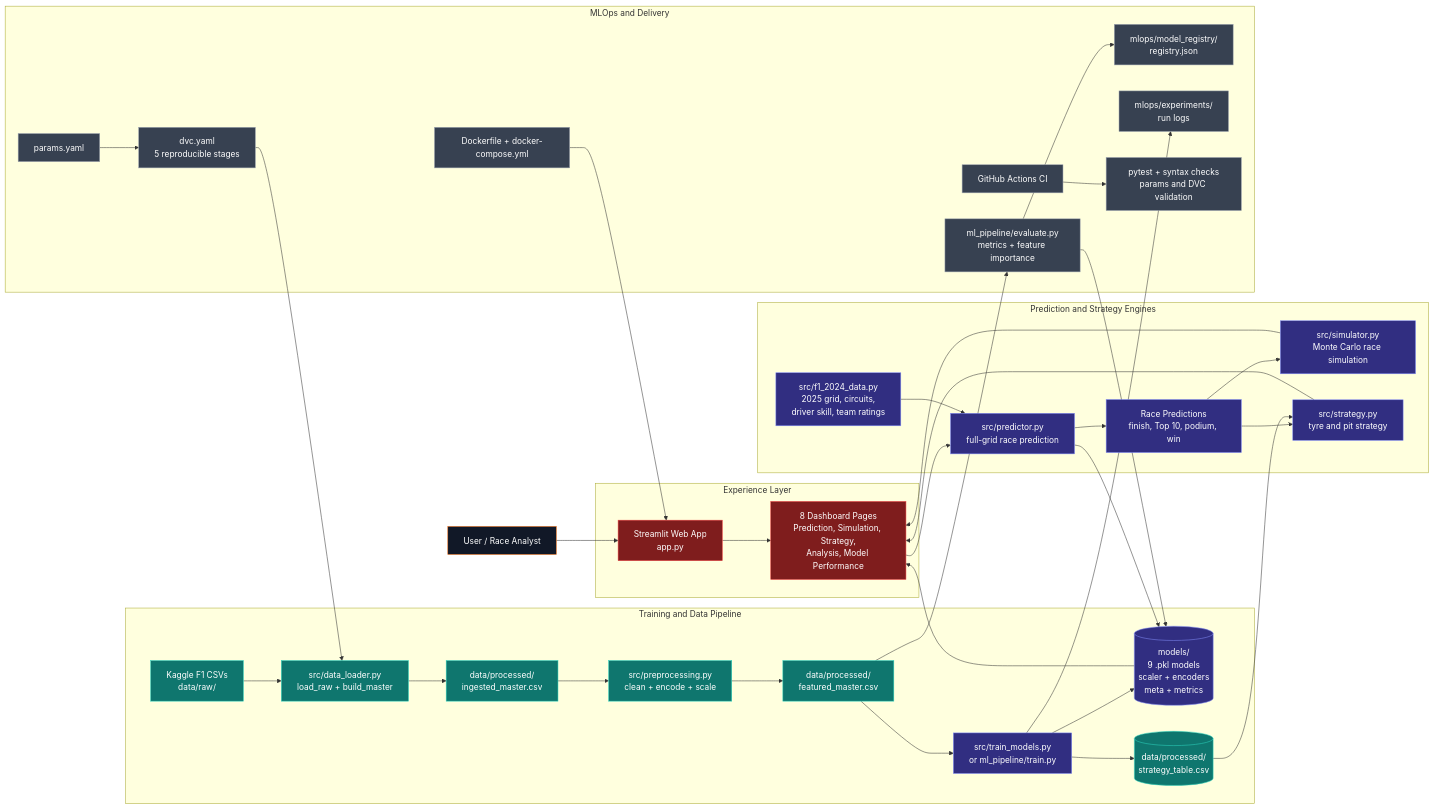
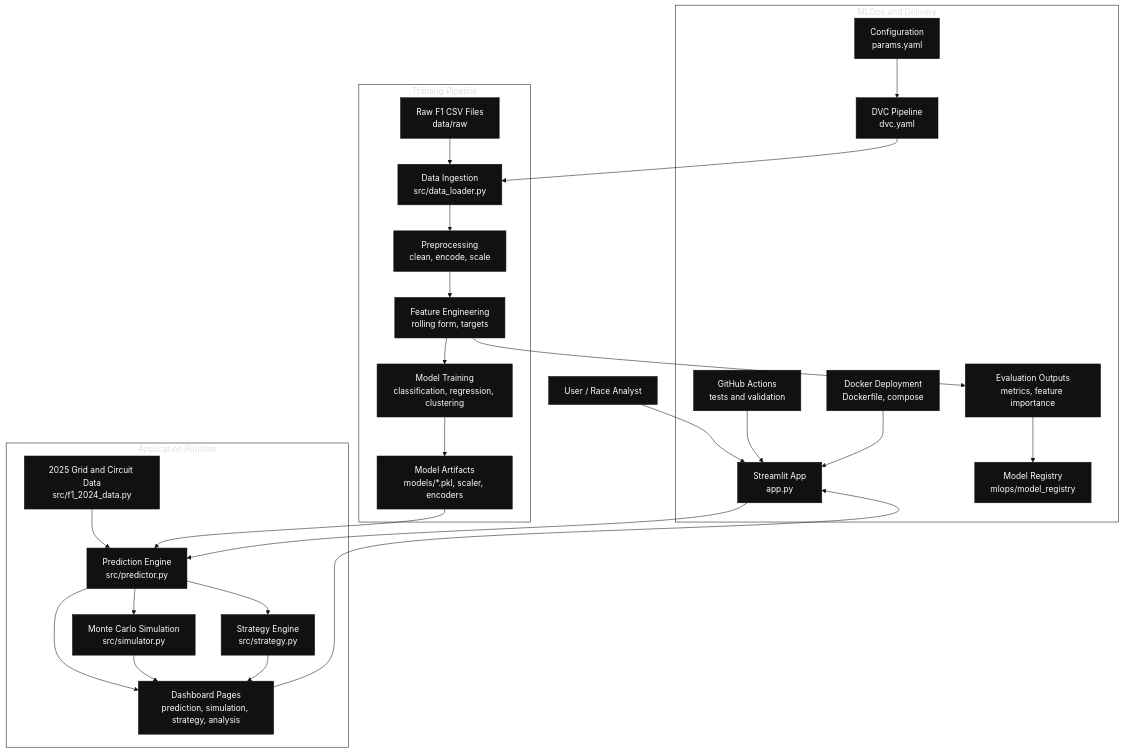
The diagram in README.md (ParthrChandurkar/F1-Race-Prediction-Strategy-System), drawn with Mermaid before and after one commit.

Commit message:
Refine architecture diagram style

````diff
--- a/README.md
+++ b/README.md
@@ -58,54 +58,56 @@
 ```mermaid
-flowchart LR
-    analyst["User / Race Analyst"] --> ui["Streamlit Web App<br/>app.py"]
+%%{init: {"theme": "base", "themeVariables": {"background": "#ffffff", "mainBkg": "#111111", "primaryColor": "#111111", "primaryTextColor": "#ffffff", "primaryBorderColor": "#111111", "lineColor": "#111111", "clusterBkg": "#ffffff", "clusterBorder": "#111111", "edgeLabelBackground": "#ffffff", "fontFamily": "Arial"}} }%%
+flowchart TB
+    user["User / Race Analyst"]
+    app["Streamlit App<br/>app.py"]
 
-    subgraph ui_layer["Experience Layer"]
-        ui --> pages["8 Dashboard Pages<br/>Prediction, Simulation, Strategy,<br/>Analysis, Model Performance"]
+    user --> app
+
+    subgraph train_flow["Training Pipeline"]
+        raw["Raw F1 CSV Files<br/>data/raw"]
+        ingest["Data Ingestion<br/>src/data_loader.py"]
+        prep["Preprocessing<br/>clean, encode, scale"]
+        features["Feature Engineering<br/>rolling form, targets"]
+        train["Model Training<br/>classification, regression, clustering"]
+        models["Model Artifacts<br/>models/*.pkl, scaler, encoders"]
+
+        raw --> ingest --> prep --> features --> train --> models
     end
 
-    subgraph training["Training and Data Pipeline"]
-        raw["Kaggle F1 CSVs<br/>data/raw/"] --> loader["src/data_loader.py<br/>load_raw + build_master"]
-        loader --> ingested["data/processed/<br/>ingested_master.csv"]
-        ingested --> prep["src/preprocessing.py<br/>clean + encode + scale"]
-        prep --> featured["data/processed/<br/>featured_master.csv"]
-        featured --> train["src/train_models.py<br/>or ml_pipeline/train.py"]
-        train --> artifacts[("models/<br/>9 .pkl models<br/>scaler + encoders<br/>meta + metrics")]
-        train --> strategy_table[("data/processed/<br/>strategy_table.csv")]
+    subgraph app_flow["Application Runtime"]
+        constants["2025 Grid and Circuit Data<br/>src/f1_2024_data.py"]
+        predictor["Prediction Engine<br/>src/predictor.py"]
+        simulator["Monte Carlo Simulation<br/>src/simulator.py"]
+        strategy["Strategy Engine<br/>src/strategy.py"]
+        dashboard["Dashboard Pages<br/>prediction, simulation, strategy, analysis"]
+
+        constants --> predictor
+        models --> predictor
+        predictor --> simulator
+        predictor --> strategy
+        predictor --> dashboard
+        simulator --> dashboard
+        strategy --> dashboard
     end
 
-    subgraph inference["Prediction and Strategy Engines"]
-        pages --> predictor["src/predictor.py<br/>full-grid race prediction"]
-        predictor --> artifacts
-        constants["src/f1_2024_data.py<br/>2025 grid, circuits,<br/>driver skill, team ratings"] --> predictor
-        predictor --> results["Race Predictions<br/>finish, Top 10, podium, win"]
-        results --> simulator["src/simulator.py<br/>Monte Carlo race simulation"]
-        results --> strategy["src/strategy.py<br/>tyre and pit strategy"]
-        strategy_table --> strategy
-        simulator --> pages
-        strategy --> pages
-        artifacts --> pages
+    subgraph ops_flow["MLOps and Delivery"]
+        params["Configuration<br/>params.yaml"]
+        dvc["DVC Pipeline<br/>dvc.yaml"]
+        metrics["Evaluation Outputs<br/>metrics, feature importance"]
+        registry["Model Registry<br/>mlops/model_registry"]
+        ci["GitHub Actions<br/>tests and validation"]
+        docker["Docker Deployment<br/>Dockerfile, compose"]
+
+        params --> dvc
+        dvc --> ingest
+        features --> metrics --> registry
+        ci --> app
+        docker --> app
     end
 
-    subgraph mlops["MLOps and Delivery"]
-        params["params.yaml"] --> dvc["dvc.yaml<br/>5 reproducible stages"]
-        dvc --> loader
-        featured --> evaluate["ml_pipeline/evaluate.py<br/>metrics + feature importance"]
-        evaluate --> artifacts
-        evaluate --> registry["mlops/model_registry/<br/>registry.json"]
-        train --> experiments["mlops/experiments/<br/>run logs"]
-        ci["GitHub Actions CI"] --> tests["pytest + syntax checks<br/>params and DVC validation"]
-        docker["Dockerfile + docker-compose.yml"] --> ui
-    end
+    app --> predictor
+    dashboard --> app
 
-    classDef user fill:#111827,stroke:#f97316,color:#fff;
-    classDef app fill:#7f1d1d,stroke:#ef4444,color:#fff;
-    classDef data fill:#0f766e,stroke:#2dd4bf,color:#fff;
-    classDef model fill:#312e81,stroke:#818cf8,color:#fff;
-    classDef mlops fill:#374151,stroke:#9ca3af,color:#fff;
-
-    class analyst user;
-    class ui,pages app;
-    class raw,loader,ingested,prep,featured,strategy_table data;
-    class train,artifacts,predictor,constants,results,simulator,strategy model;
-    class params,dvc,evaluate,registry,experiments,ci,tests,docker mlops;
+    classDef blackBox fill:#111111,stroke:#111111,color:#ffffff;
+    class user,app,raw,ingest,prep,features,train,models,constants,predictor,simulator,strategy,dashboard,params,dvc,metrics,registry,ci,docker blackBox;
 ```
````
